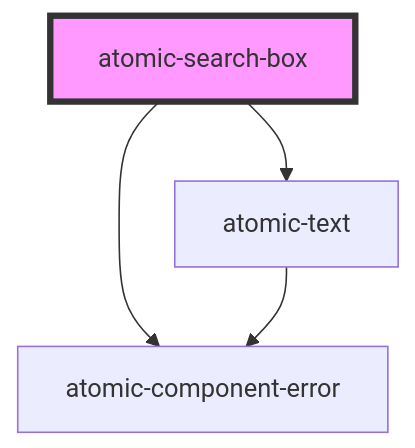
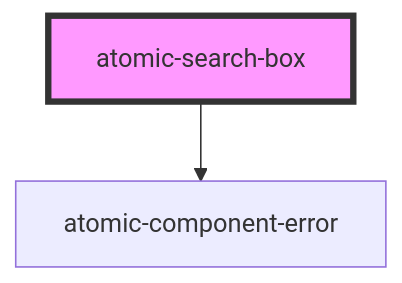
One commit to coveo/ui-kit changed the diagram in packages/atomic/src/components/atomic-search-box/readme.md. Above: the diagram before and after it, drawn with Mermaid. The commit also changed other lines of this file and 9 other files, not shown here.

Commit message:
Updated search box

````diff
--- a/packages/atomic/src/components/atomic-search-box/readme.md
+++ b/packages/atomic/src/components/atomic-search-box/readme.md
@@ -54,7 +37,5 @@
 ```mermaid
 graph TD;
-  atomic-search-box --> atomic-text
   atomic-search-box --> atomic-component-error
-  atomic-text --> atomic-component-error
   style atomic-search-box fill:#f9f,stroke:#333,stroke-width:4px
 ```
````
